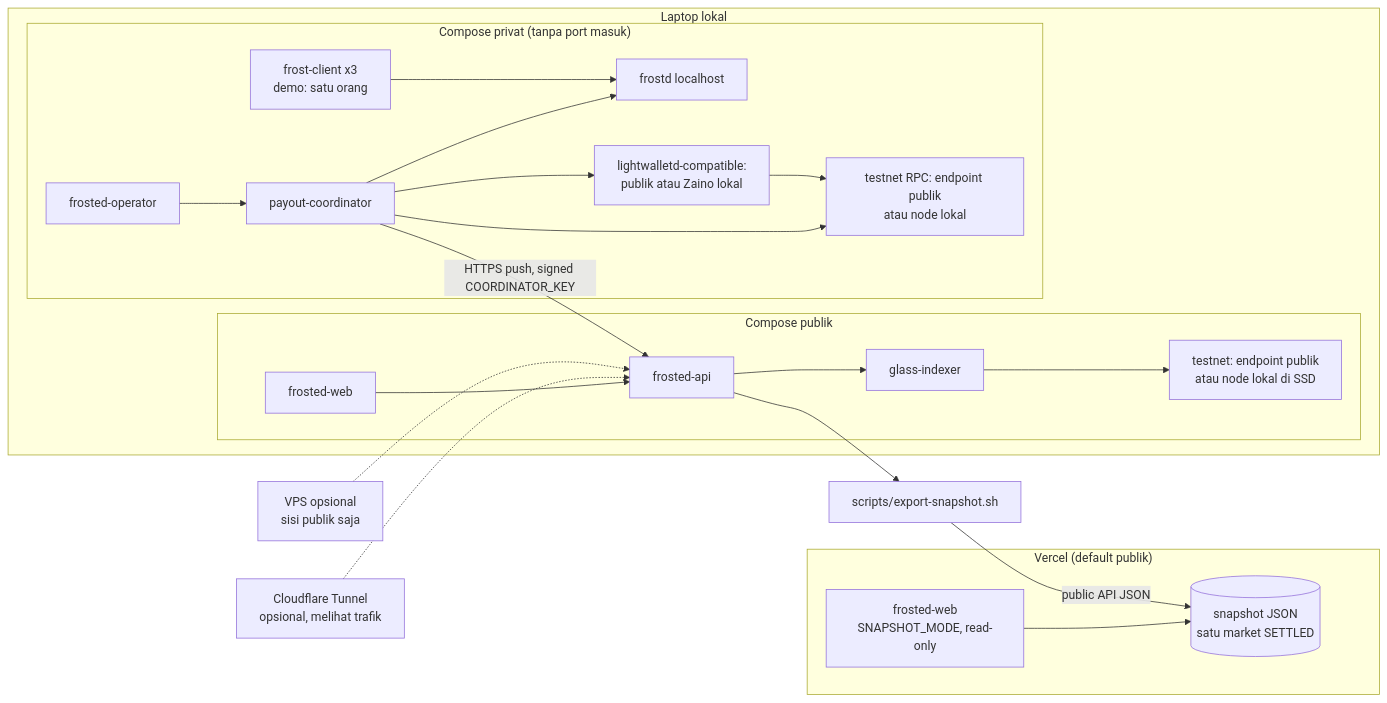
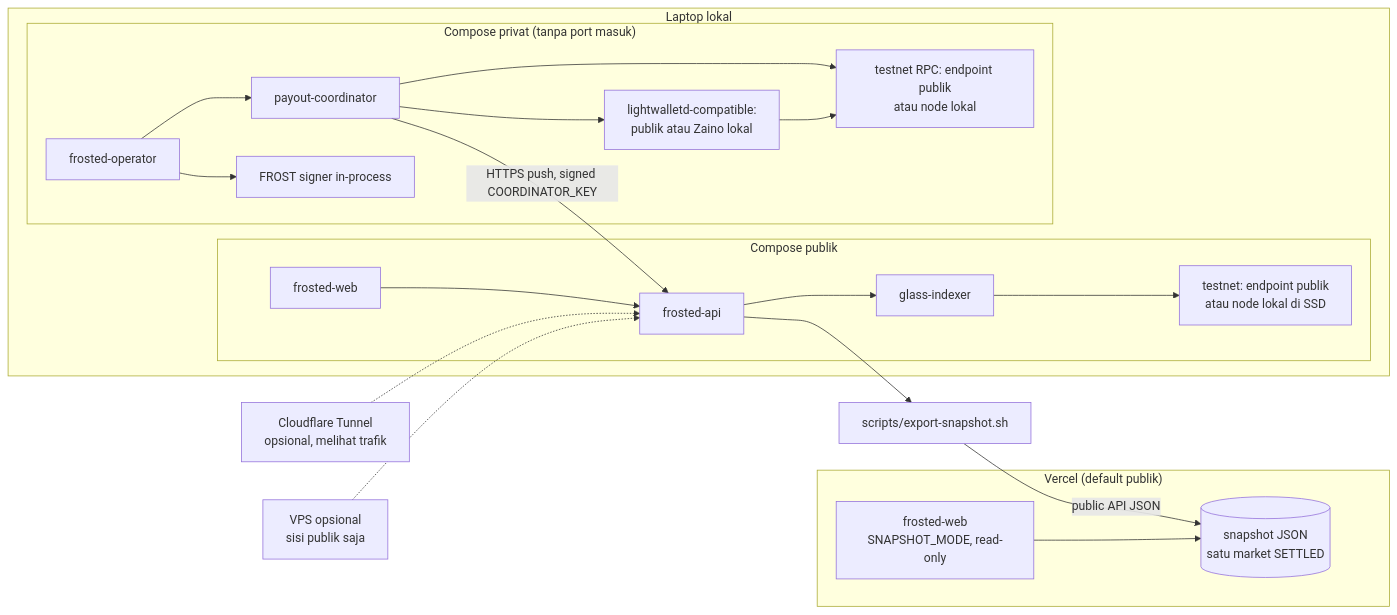
Diagram 19 of 19 in docs/PROJECT_SPEC_FROSTED.md (jonathanmaul/frosted), drawn with Mermaid before and after one commit. The commit also changed other lines of this file, not shown here.

Commit message:
docs: apply spike results to spec (in-process FROST, proven APIs, crate groups)

````diff
--- a/docs/PROJECT_SPEC_FROSTED.md
+++ b/docs/PROJECT_SPEC_FROSTED.md
@@ -2226,28 +2221,27 @@
 ```mermaid
 flowchart LR
     subgraph Vercel["Vercel (default publik)"]
         SNAP[frosted-web<br/>SNAPSHOT_MODE, read-only]
         JSON[(snapshot JSON<br/>satu market SETTLED)]
         SNAP --> JSON
     end
     subgraph Laptop["Laptop lokal"]
         subgraph Public_stack["Compose publik"]
             WEBC[frosted-web] --> APIC[frosted-api]
             APIC --> IDXC[glass-indexer]
             IDXC --> ZT[testnet: endpoint publik<br/>atau node lokal di SSD]
         end
         subgraph Private_stack["Compose privat (tanpa port masuk)"]
             OPC[frosted-operator] --> COORDC[payout-coordinator]
-            COORDC --> FD[frostd localhost]
+            OPC --> FS[FROST signer in-process]
             COORDC --> ZT2[testnet RPC: endpoint publik<br/>atau node lokal]
             COORDC --> ZP[lightwalletd-compatible:<br/>publik atau Zaino lokal]
             ZP --> ZT2
-            M1[frost-client x3<br/>demo: satu orang] --> FD
         end
         COORDC -->|"HTTPS push, signed COORDINATOR_KEY"| APIC
     end
     CF[Cloudflare Tunnel<br/>opsional, melihat trafik] -.-> APIC
     VPS[VPS opsional<br/>sisi publik saja] -.-> APIC
     EXP[scripts/export-snapshot.sh] -->|public API JSON| JSON
     APIC --> EXP
 ```
````
